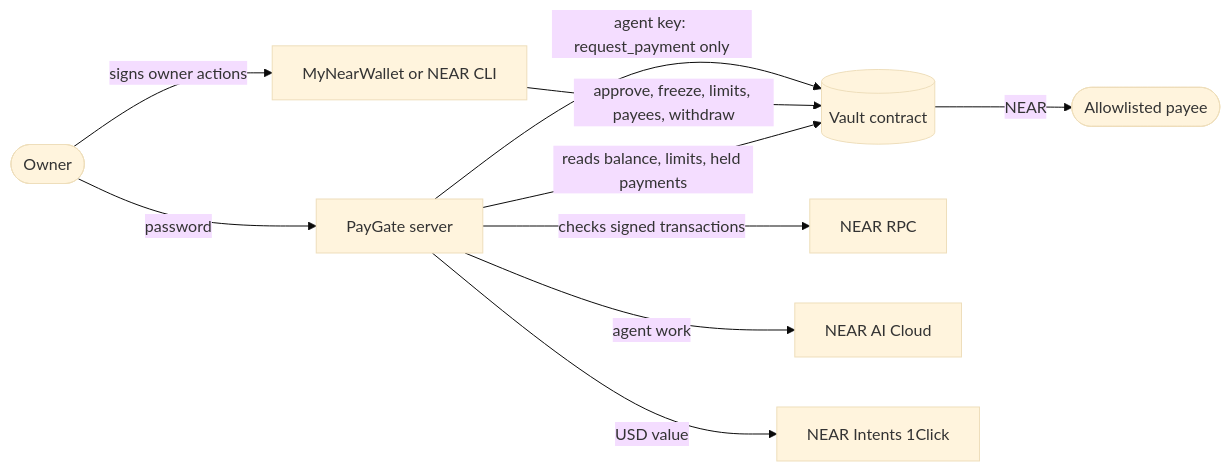
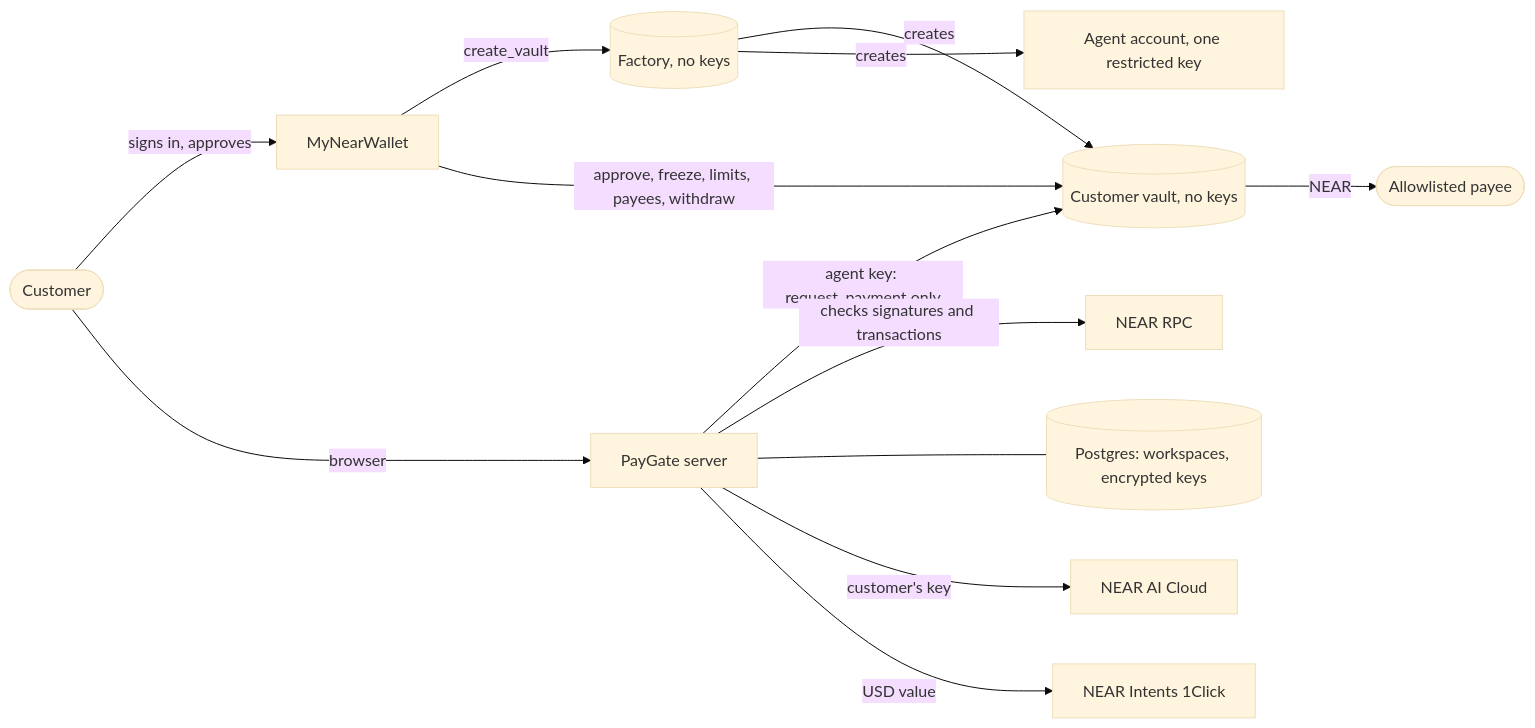
Before and after one commit to drained69/PayGate: the first of 2 diagrams in README.md, drawn with Mermaid (base theme). The commit also changed other lines of this file and 40 other files, not shown here.

First line of the commit message:
Turn PayGate into a public multi-customer service

````diff
--- a/README.md
+++ b/README.md
@@ -101,12 +101,15 @@
 ```mermaid
 flowchart LR
-  Owner([Owner]) -- password --> App[PayGate server]
-  Owner -- signs owner actions --> Wallet[MyNearWallet or NEAR CLI]
-  App -- agent key: request_payment only --> Vault[(Vault contract)]
-  Wallet -- approve, freeze, limits, payees, withdraw --> Vault
-  App -- reads balance, limits, held payments --> Vault
-  App -- checks signed transactions --> RPC[NEAR RPC]
-  Vault -- NEAR --> Payee([Allowlisted payee])
-  App -- agent work --> AI[NEAR AI Cloud]
-  App -- USD value --> Intents[NEAR Intents 1Click]
+  C([Customer]) -- signs in, approves --> W[MyNearWallet]
+  C -- browser --> S[PayGate server]
+  W -- create_vault --> F[(Factory, no keys)]
+  F -- creates --> V[(Customer vault, no keys)]
+  F -- creates --> A[Agent account, one restricted key]
+  W -- approve, freeze, limits, payees, withdraw --> V
+  S -- agent key: request_payment only --> V
+  S -- checks signatures and transactions --> R[NEAR RPC]
+  S --- DB[(Postgres: workspaces, encrypted keys)]
+  V -- NEAR --> P([Allowlisted payee])
+  S -- customer's key --> AI[NEAR AI Cloud]
+  S -- USD value --> I[NEAR Intents 1Click]
 ```
````
